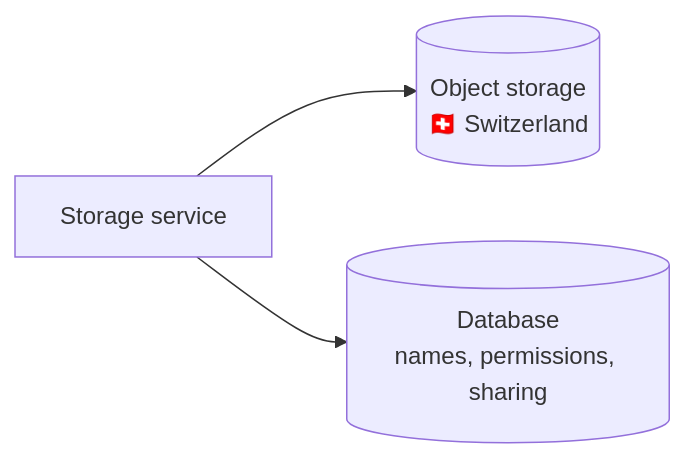
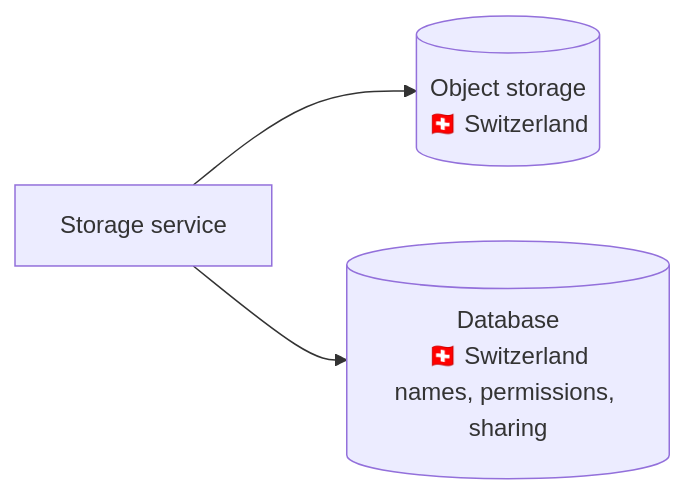
One commit to mgblinker/docent changed the third of 3 diagrams in docs/drive/architecture.md. Above: the diagram before and after it, drawn with Mermaid. The commit also changed other lines of this file, not shown here.

````diff
--- a/docs/drive/architecture.md
+++ b/docs/drive/architecture.md
@@ -111,9 +109,9 @@
 ```mermaid
 flowchart LR
   Storage["Storage service"]
   ObjectStore[("Object storage<br/>🇨🇭 Switzerland")]
-  Database[("Database<br/>names, permissions, sharing")]
+  Database[("Database<br/>🇨🇭 Switzerland<br/>names, permissions, sharing")]
 
   Storage --> ObjectStore
   Storage --> Database
 ```
````
